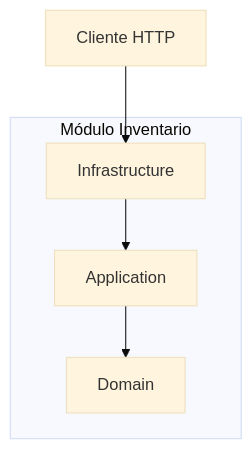
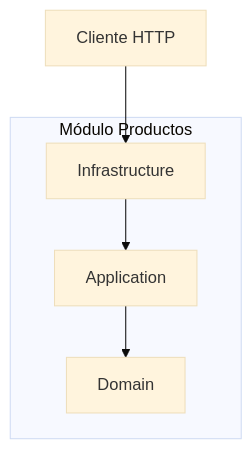
One commit to ISCOUTB/AS_202620_InvenTrack changed the second of 7 diagrams in docs/arc42/arc42-template-EN.md. Above: the diagram before and after it, drawn with Mermaid (base theme). The commit also changed other lines of this file, not shown here.

````diff
--- a/docs/arc42/arc42-template-EN.md
+++ b/docs/arc42/arc42-template-EN.md
@@ -312,16 +313,16 @@
 ```mermaid
 flowchart TB
 
-    subgraph INV["Módulo Inventario"]
+    subgraph INV["Módulo Productos"]
 
         INF["Infrastructure"]
         APP["Application"]
         DOM["Domain"]
 
         INF --> APP
         APP --> DOM
 
     end
 
     HTTP["Cliente HTTP"] --> INF
 ```
````
